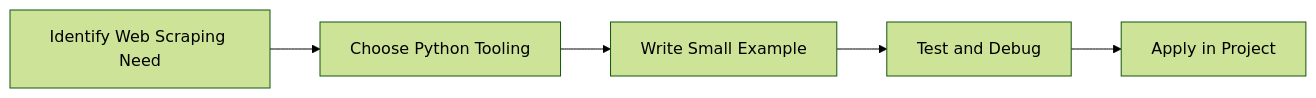
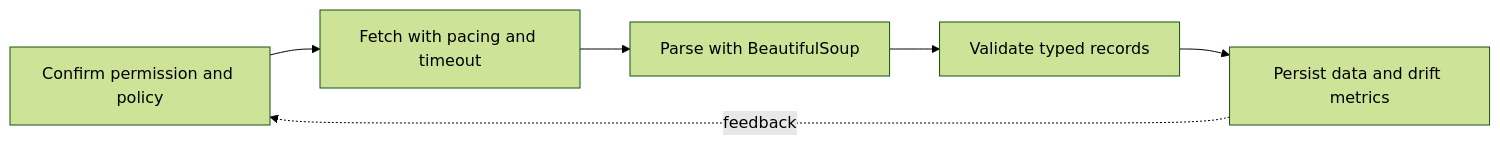
Before and after one commit to SYMOIZ/E-Learning-Portal: the diagram in Python-Mastery/Advanced/16-web-scraping.md, drawn with Mermaid (forest theme). The commit also changed other lines of this file and 116 other files, not shown here.

````diff
--- a/Python-Mastery/Advanced/16-web-scraping.md
+++ b/Python-Mastery/Advanced/16-web-scraping.md
@@ -133,7 +165,8 @@
 ```mermaid
 flowchart LR
-    A[Identify Web Scraping Need] --> B[Choose Python Tooling]
-    B --> C[Write Small Example]
-    C --> D[Test and Debug]
-    D --> E[Apply in Project]
+    A[Confirm permission and policy] --> B[Fetch with pacing and timeout]
+    B --> C[Parse with BeautifulSoup]
+    C --> D[Validate typed records]
+    D --> E[Persist data and drift metrics]
+    E -. feedback .-> A
 ```
````
